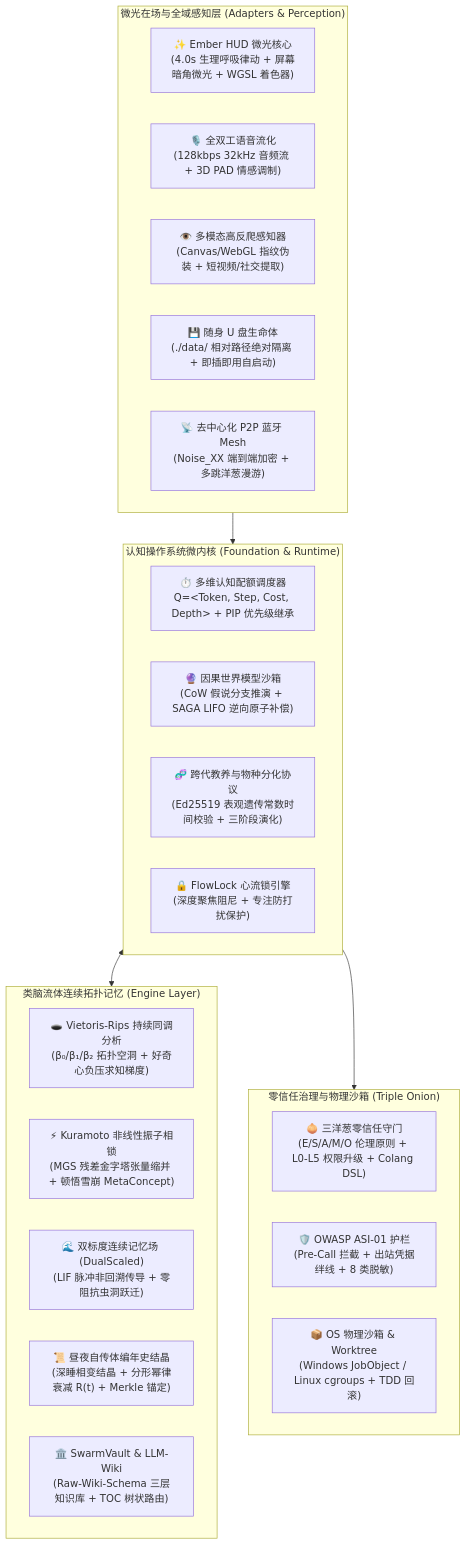
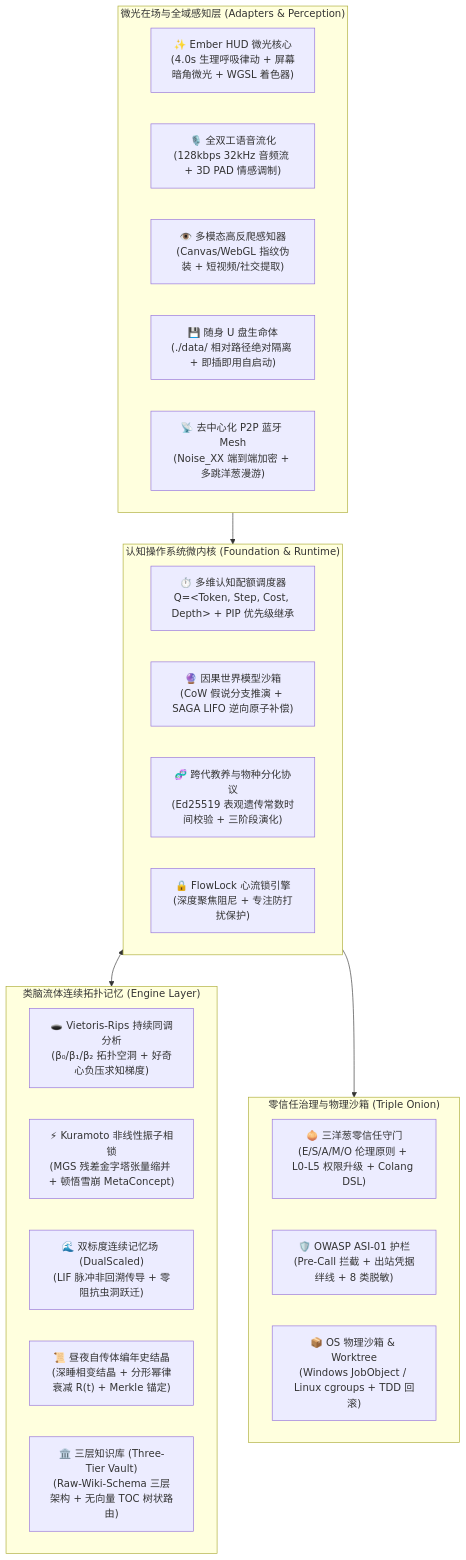
One commit to Apeireth/Apeireth changed the diagram in README.zh-CN.backup-v2.md. Above: the diagram before and after it, drawn with Mermaid. The commit also changed other lines of this file and 12 other files, not shown here.

````diff
--- a/README.zh-CN.backup-v2.md
+++ b/README.zh-CN.backup-v2.md
@@ -85,35 +85,35 @@
 ```mermaid
 graph TB
     subgraph UI_LAYER["微光在场与全域感知层 (Adapters & Perception)"]
         HUD["✨ Ember HUD 微光核心<br/>(4.0s 生理呼吸律动 + 屏幕暗角微光 + WGSL 着色器)"]
         VOICE["🎙️ 全双工语音流化<br/>(128kbps 32kHz 音频流 + 3D PAD 情感调制)"]
         VISION["👁️ 多模态高反爬感知器<br/>(Canvas/WebGL 指纹伪装 + 短视频/社交提取)"]
         USB["💾 随身 U 盘生命体<br/>(./data/ 相对路径绝对隔离 + 即插即用自启动)"]
         MESH["📡 去中心化 P2P 蓝牙 Mesh<br/>(Noise_XX 端到端加密 + 多跳洋葱漫游)"]
     end
 
     subgraph OS_KERNEL["认知操作系统微内核 (Foundation & Runtime)"]
         SCHED["⏱️ 多维认知配额调度器<br/>Q=&lt;Token, Step, Cost, Depth&gt; + PIP 优先级继承"]
         WORLD["🔮 因果世界模型沙箱<br/>(CoW 假说分支推演 + SAGA LIFO 逆向原子补偿)"]
         SPAWN["🧬 跨代教养与物种分化协议<br/>(Ed25519 表观遗传常数时间校验 + 三阶段演化)"]
         FLOW["🔒 FlowLock 心流锁引擎<br/>(深度聚焦阻尼 + 专注防打扰保护)"]
     end
 
     subgraph COGNITIVE_MANIFOLD["类脑流体连续拓扑记忆 (Engine Layer)"]
         BETTI["🕳️ Vietoris-Rips 持续同调分析<br/>(β₀/β₁/β₂ 拓扑空洞 + 好奇心负压求知梯度)"]
         KURAMOTO["⚡ Kuramoto 非线性振子相锁<br/>(MGS 残差金字塔张量缩并 + 顿悟雪崩 MetaConcept)"]
         RIVER["🌊 双标度连续记忆场 (DualScaled)<br/>(LIF 脉冲非回溯传导 + 零阻抗虫洞跃迁)"]
         CHRONICLE["📜 昼夜自传体编年史结晶<br/>(深睡相变结晶 + 分形幂律衰减 R(t) + Merkle 锚定)"]
-        VAULT["🏛️ SwarmVault & LLM-Wiki<br/>(Raw-Wiki-Schema 三层知识库 + TOC 树状路由)"]
+        VAULT["🏛️ 三层知识库 (Three-Tier Vault)<br/>(Raw-Wiki-Schema 三层架构 + 无向量 TOC 树状路由)"]
     end
 
     subgraph SECURITY_PIPELINE["零信任治理与物理沙箱 (Triple Onion)"]
         ONION["🧅 三洋葱零信任守门<br/>(E/S/A/M/O 伦理原则 + L0-L5 权限升级 + Colang DSL)"]
         GUARD["🛡️ OWASP ASI-01 护栏<br/>(Pre-Call 拦截 + 出站凭据绊线 + 8 类脱敏)"]
         SANDBOX["📦 OS 物理沙箱 & Worktree<br/>(Windows JobObject / Linux cgroups + TDD 回滚)"]
     end
 
     UI_LAYER --> OS_KERNEL
     OS_KERNEL <--> COGNITIVE_MANIFOLD
     OS_KERNEL --> SECURITY_PIPELINE
 ```
````
